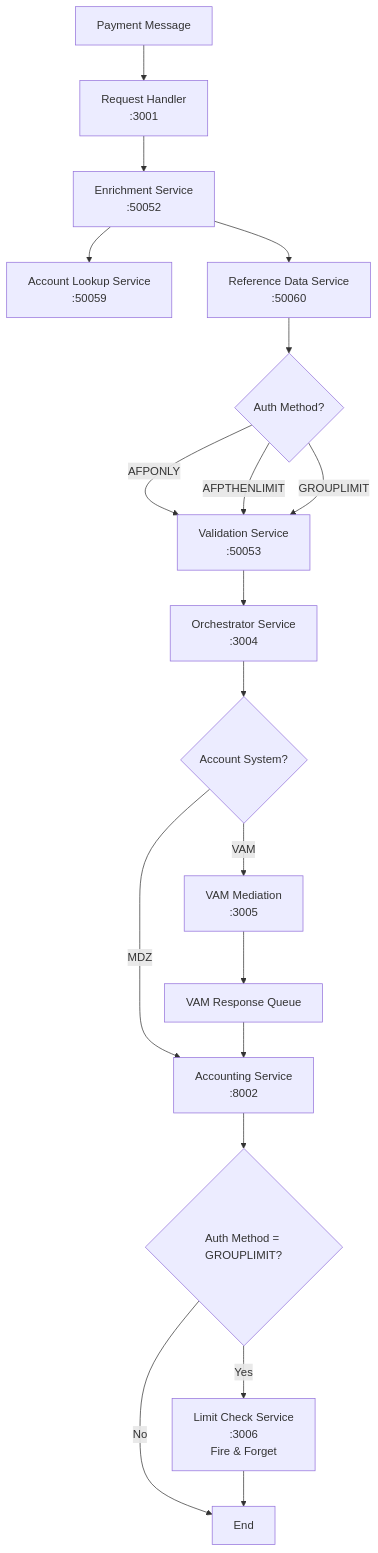
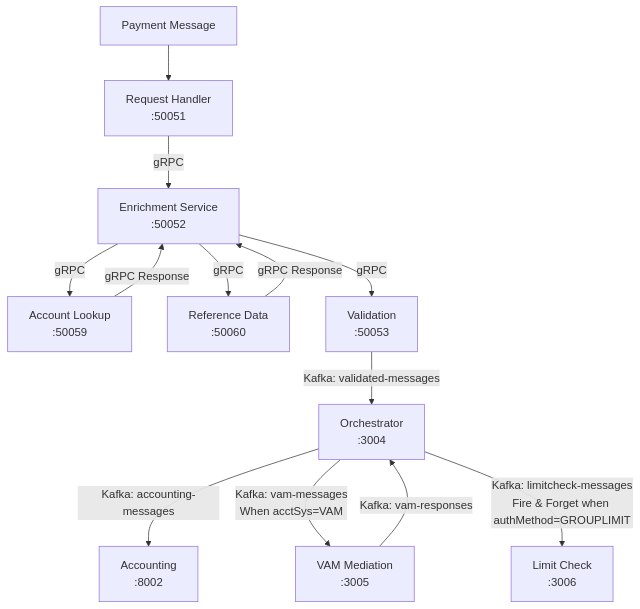
One commit to hari-p8-io/sg-gpp-g3 changed the diagram in fast-requesthandler-service/IMPLEMENTATION_PLAN.md. Above: the diagram before and after it, drawn with Mermaid. The commit also changed other lines of this file and 96 other files, not shown here.

Commit message:
E2E positive flow without pacs002

````diff
--- a/fast-requesthandler-service/IMPLEMENTATION_PLAN.md
+++ b/fast-requesthandler-service/IMPLEMENTATION_PLAN.md
@@ -25,26 +71,17 @@
 ```mermaid
 graph TD
-    A[Payment Message] --> B[Request Handler<br/>:3001]
-    B --> C[Enrichment Service<br/>:50052]
-    C --> D[Account Lookup Service<br/>:50059]
-    C --> E[Reference Data Service<br/>:50060]
+    A[Payment Message] --> B[Request Handler<br/>:50051]
+    B -->|gRPC| C[Enrichment Service<br/>:50052]
+    C -->|gRPC| D[Account Lookup<br/>:50059]
+    D -->|gRPC Response| C
+    C -->|gRPC| E[Reference Data<br/>:50060]  
+    E -->|gRPC Response| C
+    C -->|gRPC| F[Validation<br/>:50053]
+    F -->|Kafka: validated-messages| G[Orchestrator<br/>:3004]
+    G -->|Kafka: accounting-messages| H[Accounting<br/>:8002]
     
-    E --> F{Auth Method?}
-    F -->|AFPONLY| G[Validation Service<br/>:50053]
-    F -->|AFPTHENLIMIT| G
-    F -->|GROUPLIMIT| G
+    G -->|Kafka: vam-messages<br/>When acctSys=VAM| I[VAM Mediation<br/>:3005]
+    G -->|Kafka: limitcheck-messages<br/>Fire & Forget when authMethod=GROUPLIMIT| J[Limit Check<br/>:3006]
     
-    G --> H[Orchestrator Service<br/>:3004]
-    
-    H --> I{Account System?}
-    I -->|VAM| J[VAM Mediation<br/>:3005]
-    I -->|MDZ| K[Accounting Service<br/>:8002]
-    
-    J --> L[VAM Response Queue]
-    L --> K
-    
-    K --> M{Auth Method = GROUPLIMIT?}
-    M -->|Yes| N[Limit Check Service<br/>:3006<br/>Fire & Forget]
-    M -->|No| O[End]
-    N --> O
+    I -->|Kafka: vam-responses| G
 ```
````
